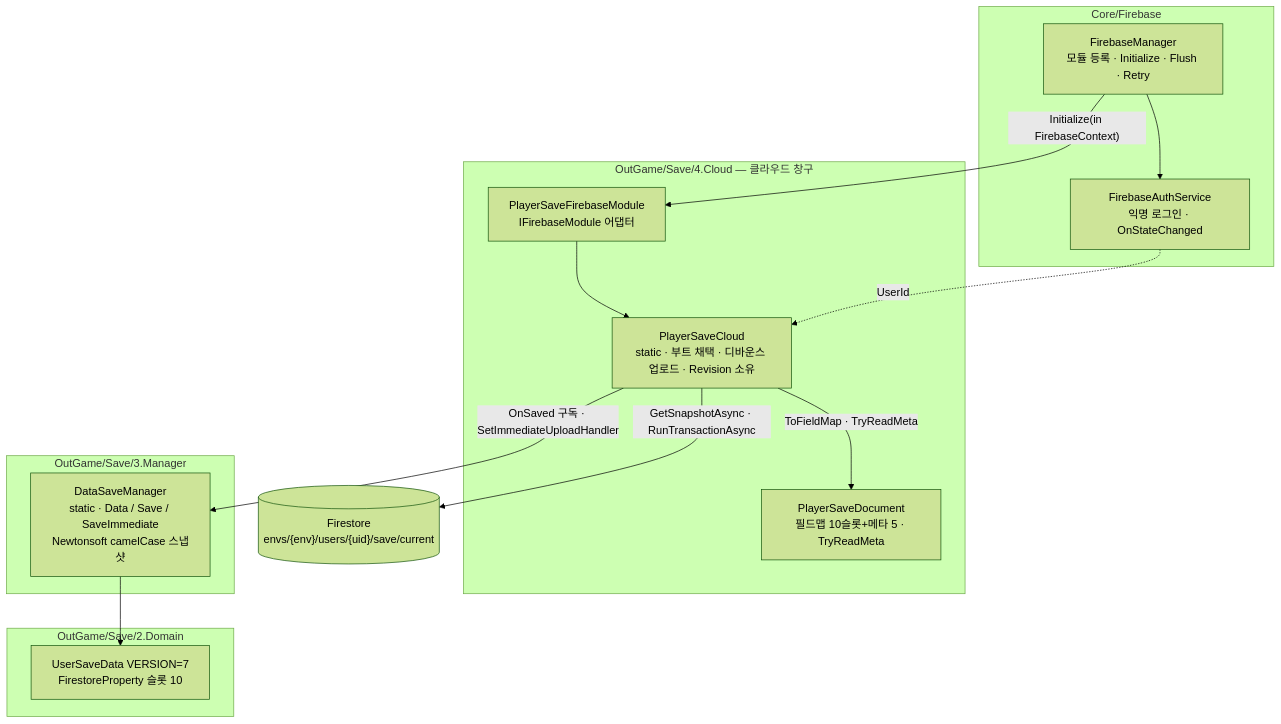
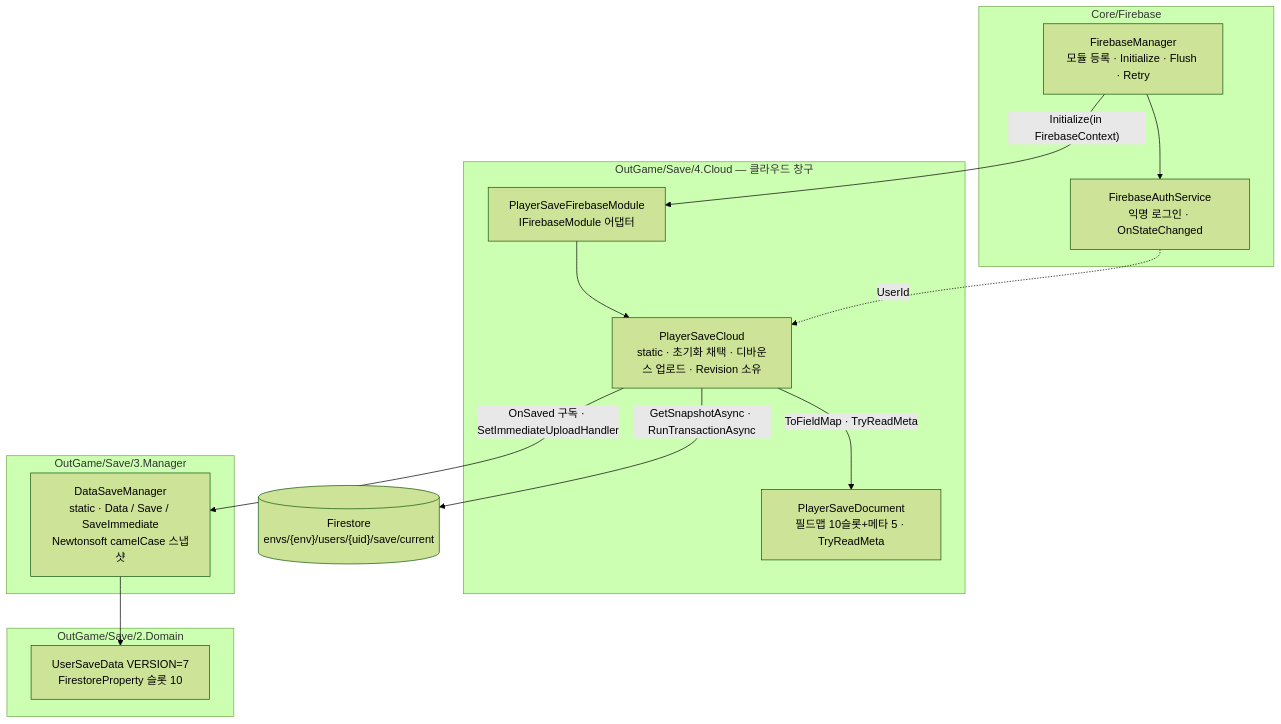
The first of 27 diagrams in docs/OutGamePlan/STRUCTURE.md (hspark-maker/TeamfightTCG_Migriation), drawn with Mermaid (forest theme) before and after one commit. The commit also changed other lines of this file and 117 other files, not shown here.

````diff
--- a/docs/OutGamePlan/STRUCTURE.md
+++ b/docs/OutGamePlan/STRUCTURE.md
@@ -11,27 +11,27 @@
 ```mermaid
 flowchart TD
     subgraph L4["OutGame/Save/4.Cloud — 클라우드 창구"]
-        CLOUD["PlayerSaveCloud<br/>static · 부트 채택 · 디바운스 업로드 · Revision 소유"]
+        CLOUD["PlayerSaveCloud<br/>static · 초기화 채택 · 디바운스 업로드 · Revision 소유"]
         DOC["PlayerSaveDocument<br/>필드맵 10슬롯+메타 5 · TryReadMeta"]
         MOD["PlayerSaveFirebaseModule<br/>IFirebaseModule 어댑터"]
     end
     subgraph L3["OutGame/Save/3.Manager"]
         DSM["DataSaveManager<br/>static · Data / Save / SaveImmediate<br/>Newtonsoft camelCase 스냅샷"]
     end
     subgraph L2["OutGame/Save/2.Domain"]
         USD["UserSaveData VERSION=7<br/>FirestoreProperty 슬롯 10"]
     end
     subgraph CORE["Core/Firebase"]
         FBM["FirebaseManager<br/>모듈 등록 · Initialize · Flush · Retry"]
         AUTH["FirebaseAuthService<br/>익명 로그인 · OnStateChanged"]
     end
     FS[("Firestore<br/>envs/{env}/users/{uid}/save/current")]
 
     FBM -->|"Initialize(in FirebaseContext)"| MOD --> CLOUD
     FBM --> AUTH
     CLOUD -->|"OnSaved 구독 · SetImmediateUploadHandler"| DSM
     CLOUD -->|"ToFieldMap · TryReadMeta"| DOC
     CLOUD -->|"GetSnapshotAsync · RunTransactionAsync"| FS
     DSM --> USD
     AUTH -.->|UserId| CLOUD
 ```
````
